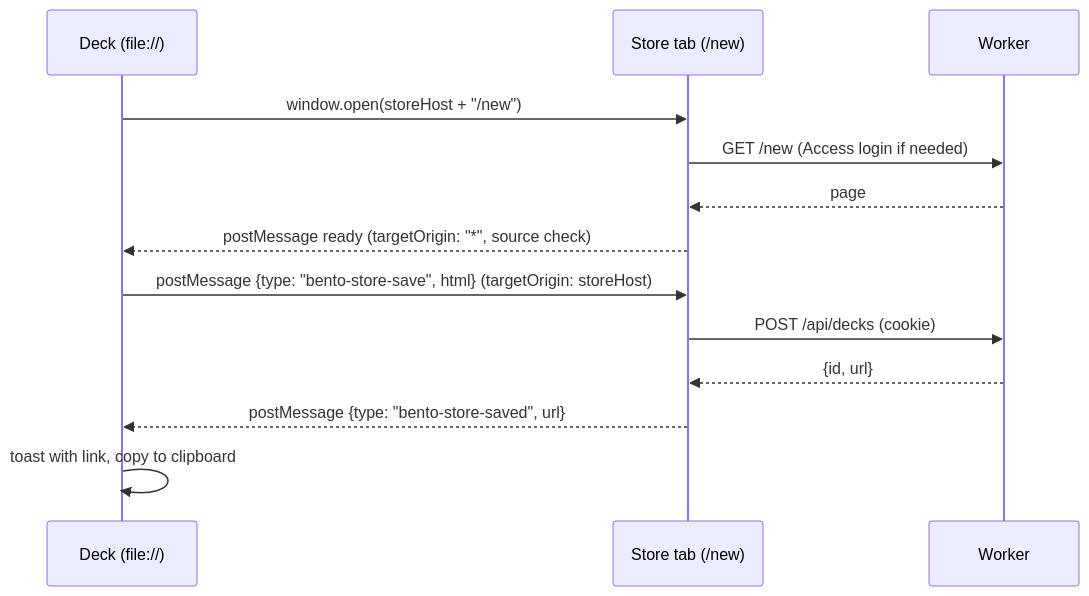
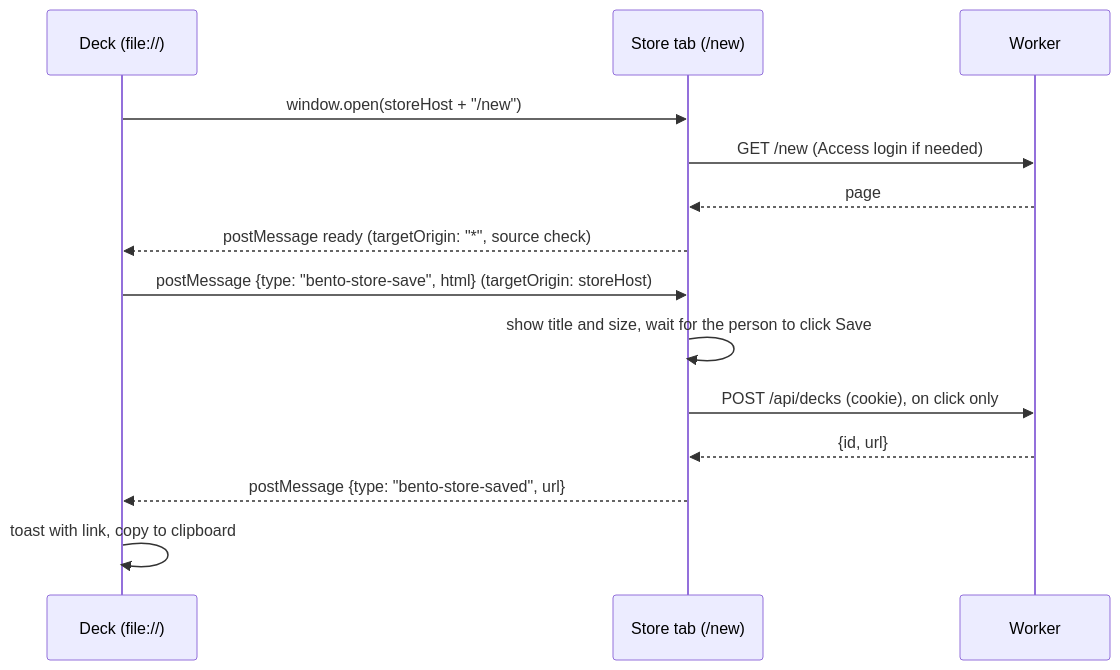
One commit to betamobility/slides changed the second of 3 diagrams in docs/plans/2026-09-08-002-feat-beta-slides-v1-1-plan.md. Above: the diagram before and after it, drawn with Mermaid. The commit also changed other lines of this file, not shown here.

````diff
--- a/docs/plans/2026-09-08-002-feat-beta-slides-v1-1-plan.md
+++ b/docs/plans/2026-09-08-002-feat-beta-slides-v1-1-plan.md
@@ -196,15 +200,16 @@
 ```mermaid
 sequenceDiagram
   participant D as Deck (file://)
   participant T as Store tab (/new)
   participant W as Worker
   D->>T: window.open(storeHost + "/new")
   T->>W: GET /new (Access login if needed)
   W-->>T: page
   T-->>D: postMessage ready (targetOrigin: "*", source check)
   D->>T: postMessage {type: "bento-store-save", html} (targetOrigin: storeHost)
-  T->>W: POST /api/decks (cookie)
+  T->>T: show title and size, wait for the person to click Save
+  T->>W: POST /api/decks (cookie), on click only
   W-->>T: {id, url}
   T-->>D: postMessage {type: "bento-store-saved", url}
   D->>D: toast with link, copy to clipboard
 ```
````
